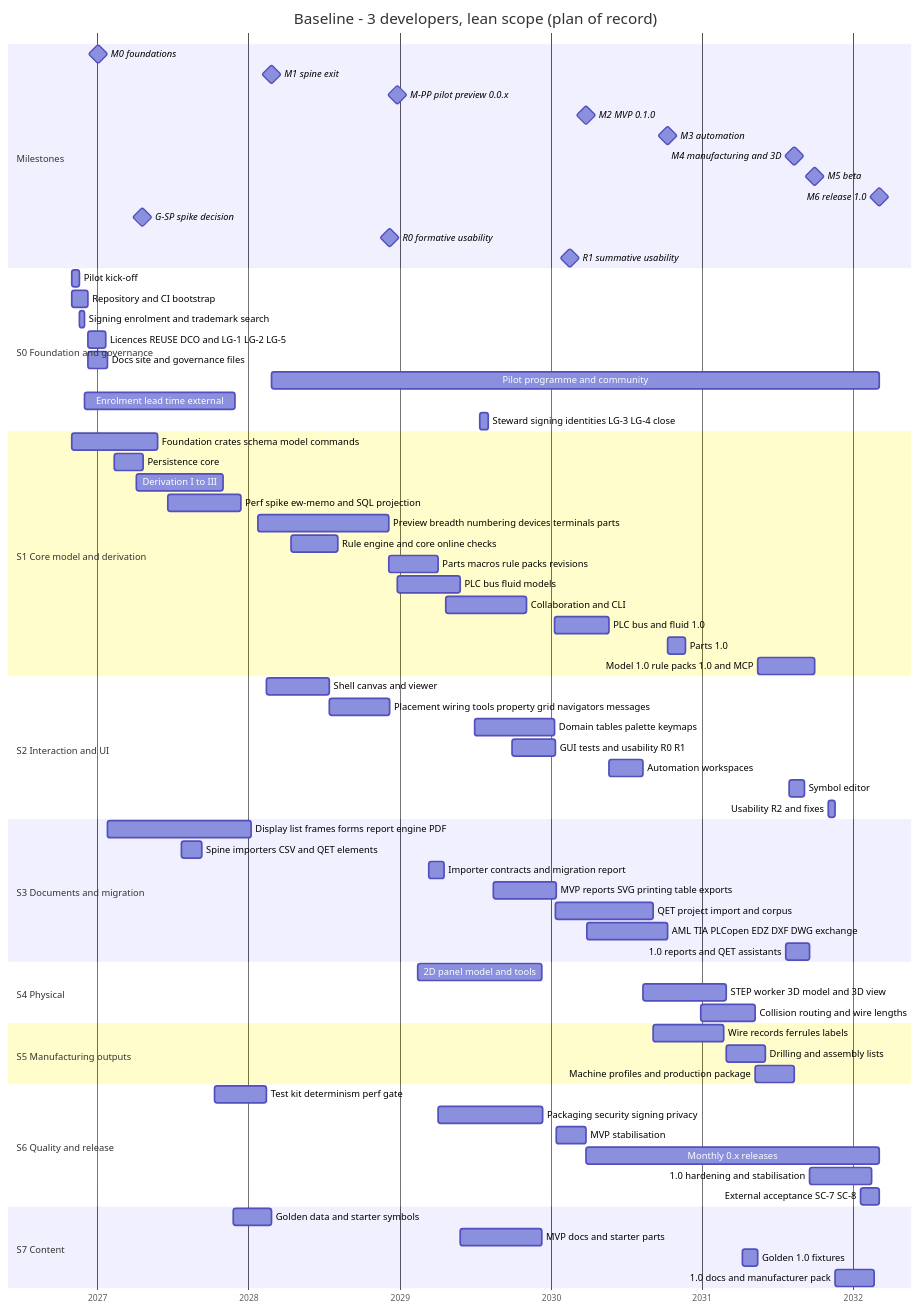
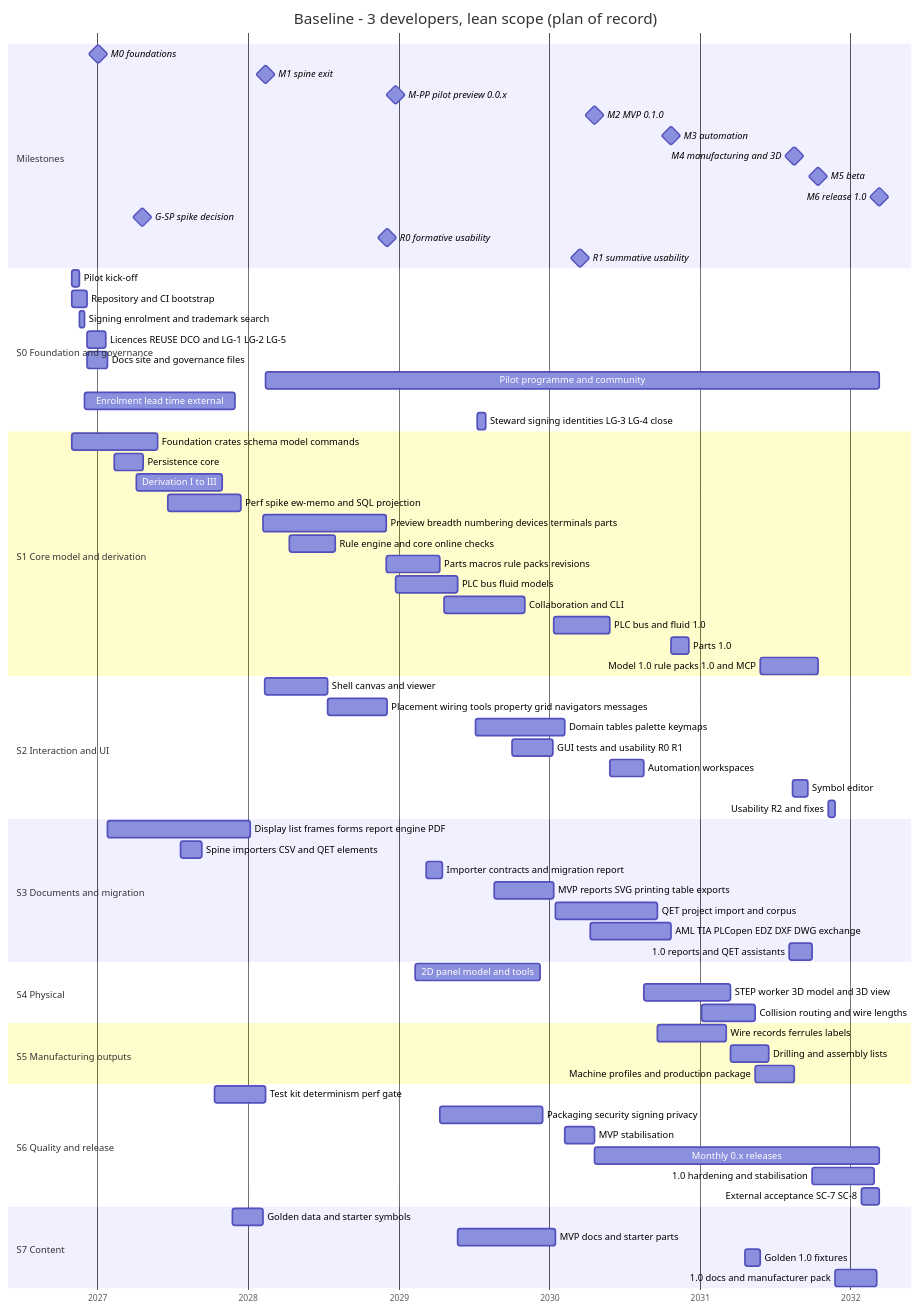
The second of 3 diagrams in docs/plan/01-global-plan.md (Ironkode787/ElektraWatt), drawn with Mermaid before and after one commit. The commit also changed other lines of this file and 12 other files, not shown here.

````diff
--- a/docs/plan/01-global-plan.md
+++ b/docs/plan/01-global-plan.md
@@ -898,76 +922,76 @@
 ```mermaid
 gantt
   title Baseline - 3 developers, lean scope (plan of record)
   dateFormat YYYY-MM-DD
   axisFormat %Y
   section Milestones
   M0 foundations :milestone, m0, 2027-01-03, 0d
-  M1 spine exit :milestone, m1, 2028-02-27, 0d
-  M-PP pilot preview 0.0.x :milestone, m2, 2028-12-27, 0d
-  M2 MVP 0.1.0 :milestone, m3, 2030-03-26, 0d
-  M3 automation :milestone, m4, 2030-10-09, 0d
-  M4 manufacturing and 3D :milestone, m5, 2031-08-12, 0d
-  M5 beta :milestone, m6, 2031-10-01, 0d
-  M6 release 1.0 :milestone, m7, 2032-03-04, 0d
+  M1 spine exit :milestone, m1, 2028-02-14, 0d
+  M-PP pilot preview 0.0.x :milestone, m2, 2028-12-24, 0d
+  M2 MVP 0.1.0 :milestone, m3, 2030-04-21, 0d
+  M3 automation :milestone, m4, 2030-10-22, 0d
+  M4 manufacturing and 3D :milestone, m5, 2031-08-17, 0d
+  M5 beta :milestone, m6, 2031-10-13, 0d
+  M6 release 1.0 :milestone, m7, 2032-03-10, 0d
   G-SP spike decision :milestone, gsp, 2027-04-20, 0d
-  R0 formative usability :milestone, r0, 2028-12-08, 0d
-  R1 summative usability :milestone, r1, 2030-02-15, 0d
+  R0 formative usability :milestone, r0, 2028-12-04, 0d
+  R1 summative usability :milestone, r1, 2030-03-17, 0d
   section S0 Foundation and governance
   Pilot kick-off :t1, 2026-11-01, 2026-11-20
   Repository and CI bootstrap :t2, 2026-11-01, 2026-12-09
   Signing enrolment and trademark search :t3, 2026-11-20, 2026-12-02
   Licences REUSE DCO and LG-1 LG-2 LG-5 :t4, 2026-12-09, 2027-01-23
   Docs site and governance files :t5, 2026-12-09, 2027-01-27
-  Pilot programme and community :t6, 2028-02-27, 2032-03-04
+  Pilot programme and community :t6, 2028-02-14, 2032-03-10
   Enrolment lead time external :t7, 2026-12-02, 2027-12-01
-  Steward signing identities LG-3 LG-4 close :t8, 2029-07-14, 2029-08-02
+  Steward signing identities LG-3 LG-4 close :t8, 2029-07-11, 2029-07-30
   section S1 Core model and derivation
   Foundation crates schema model commands :t9, 2026-11-01, 2027-05-27
   Persistence core :t10, 2027-02-12, 2027-04-23
   Derivation I to III :t11, 2027-04-06, 2027-11-01
   Perf spike ew-memo and SQL projection :t12, 2027-06-21, 2027-12-15
-  Preview breadth numbering devices terminals parts :t13, 2028-01-24, 2028-12-05
-  Rule engine and core online checks :t14, 2028-04-14, 2028-08-05
-  Parts macros rule packs revisions :t15, 2028-12-05, 2029-04-04
-  PLC bus fluid models :t16, 2028-12-27, 2029-05-27
-  Collaboration and CLI :t17, 2029-04-23, 2029-11-04
-  PLC bus and fluid 1.0 :t18, 2030-01-10, 2030-05-22
-  Parts 1.0 :t19, 2030-10-09, 2030-11-21
-  Model 1.0 rule packs 1.0 and MCP :t20, 2031-05-15, 2031-10-01
+  Preview breadth numbering devices terminals parts :t13, 2028-02-08, 2028-12-02
+  Rule engine and core online checks :t14, 2028-04-11, 2028-08-01
+  Parts macros rule packs revisions :t15, 2028-12-02, 2029-04-10
+  PLC bus fluid models :t16, 2028-12-24, 2029-05-23
+  Collaboration and CLI :t17, 2029-04-20, 2029-11-02
+  PLC bus and fluid 1.0 :t18, 2030-01-11, 2030-05-27
+  Parts 1.0 :t19, 2030-10-22, 2030-12-05
+  Model 1.0 rule packs 1.0 and MCP :t20, 2031-05-27, 2031-10-13
   section S2 Interaction and UI
-  Shell canvas and viewer :t21, 2028-02-14, 2028-07-15
-  Placement wiring tools property grid navigators messages :t22, 2028-07-15, 2028-12-08
-  Domain tables palette keymaps :t23, 2029-06-30, 2030-01-10
-  GUI tests and usability R0 R1 :t24, 2029-09-29, 2030-01-12
-  Automation workspaces :t25, 2030-05-22, 2030-08-12
-  Symbol editor :t26, 2031-07-30, 2031-09-05
-  Usability R2 and fixes :t27, 2031-11-01, 2031-11-18
+  Shell canvas and viewer :t21, 2028-02-11, 2028-07-12
+  Placement wiring tools property grid navigators messages :t22, 2028-07-12, 2028-12-04
+  Domain tables palette keymaps :t23, 2029-07-07, 2030-02-08
+  GUI tests and usability R0 R1 :t24, 2029-10-03, 2030-01-10
+  Automation workspaces :t25, 2030-05-27, 2030-08-17
+  Symbol editor :t26, 2031-08-12, 2031-09-19
+  Usability R2 and fixes :t27, 2031-11-07, 2031-11-24
   section S3 Documents and migration
   Display list frames forms report engine PDF :t28, 2027-01-27, 2028-01-08
   Spine importers CSV and QET elements :t29, 2027-07-23, 2027-09-11
-  Importer contracts and migration report :t30, 2029-03-13, 2029-04-19
-  MVP reports SVG printing table exports :t31, 2029-08-16, 2030-01-13
-  QET project import and corpus :t32, 2030-01-12, 2030-09-06
-  AML TIA PLCopen EDZ DXF DWG exchange :t33, 2030-03-28, 2030-10-09
-  1.0 reports and QET assistants :t34, 2031-07-23, 2031-09-17
+  Importer contracts and migration report :t30, 2029-03-09, 2029-04-16
+  MVP reports SVG printing table exports :t31, 2029-08-20, 2030-01-11
+  QET project import and corpus :t32, 2030-01-16, 2030-09-19
+  AML TIA PLCopen EDZ DXF DWG exchange :t33, 2030-04-10, 2030-10-22
+  1.0 reports and QET assistants :t34, 2031-08-04, 2031-09-30
   section S4 Physical
-  2D panel model and tools :t35, 2029-02-13, 2029-12-11
-  STEP worker 3D model and 3D view :t36, 2030-08-12, 2031-03-01
-  Collision routing and wire lengths :t37, 2030-12-29, 2031-05-10
+  2D panel model and tools :t35, 2029-02-10, 2029-12-09
+  STEP worker 3D model and 3D view :t36, 2030-08-17, 2031-03-15
+  Collision routing and wire lengths :t37, 2031-01-04, 2031-05-15
   section S5 Manufacturing outputs
-  Wire records ferrules labels :t38, 2030-09-06, 2031-02-22
-  Drilling and assembly lists :t39, 2031-03-01, 2031-06-03
-  Machine profiles and production package :t40, 2031-05-10, 2031-08-12
+  Wire records ferrules labels :t38, 2030-09-19, 2031-03-06
+  Drilling and assembly lists :t39, 2031-03-15, 2031-06-17
+  Machine profiles and production package :t40, 2031-05-15, 2031-08-17
   section S6 Quality and release
   Test kit determinism perf gate :t41, 2027-10-12, 2028-02-14
-  Packaging security signing privacy :t42, 2029-04-04, 2029-12-12
-  MVP stabilisation :t43, 2030-01-13, 2030-03-26
-  Monthly 0.x releases :t44, 2030-03-26, 2032-03-04
-  1.0 hardening and stabilisation :t45, 2031-09-17, 2032-02-14
-  External acceptance SC-7 SC-8 :t46, 2032-01-19, 2032-03-04
+  Packaging security signing privacy :t42, 2029-04-10, 2029-12-16
+  MVP stabilisation :t43, 2030-02-08, 2030-04-21
+  Monthly 0.x releases :t44, 2030-04-21, 2032-03-10
+  1.0 hardening and stabilisation :t45, 2031-09-30, 2032-02-26
+  External acceptance SC-7 SC-8 :t46, 2032-01-26, 2032-03-10
   section S7 Content
-  Golden data and starter symbols :t47, 2027-11-26, 2028-02-27
-  MVP docs and starter parts :t48, 2029-05-27, 2029-12-11
-  Golden 1.0 fixtures :t49, 2031-04-08, 2031-05-15
-  1.0 docs and manufacturer pack :t50, 2031-11-18, 2032-02-21
+  Golden data and starter symbols :t47, 2027-11-26, 2028-02-08
+  MVP docs and starter parts :t48, 2029-05-23, 2030-01-16
+  Golden 1.0 fixtures :t49, 2031-04-20, 2031-05-27
+  1.0 docs and manufacturer pack :t50, 2031-11-24, 2032-03-04
 ```
````
